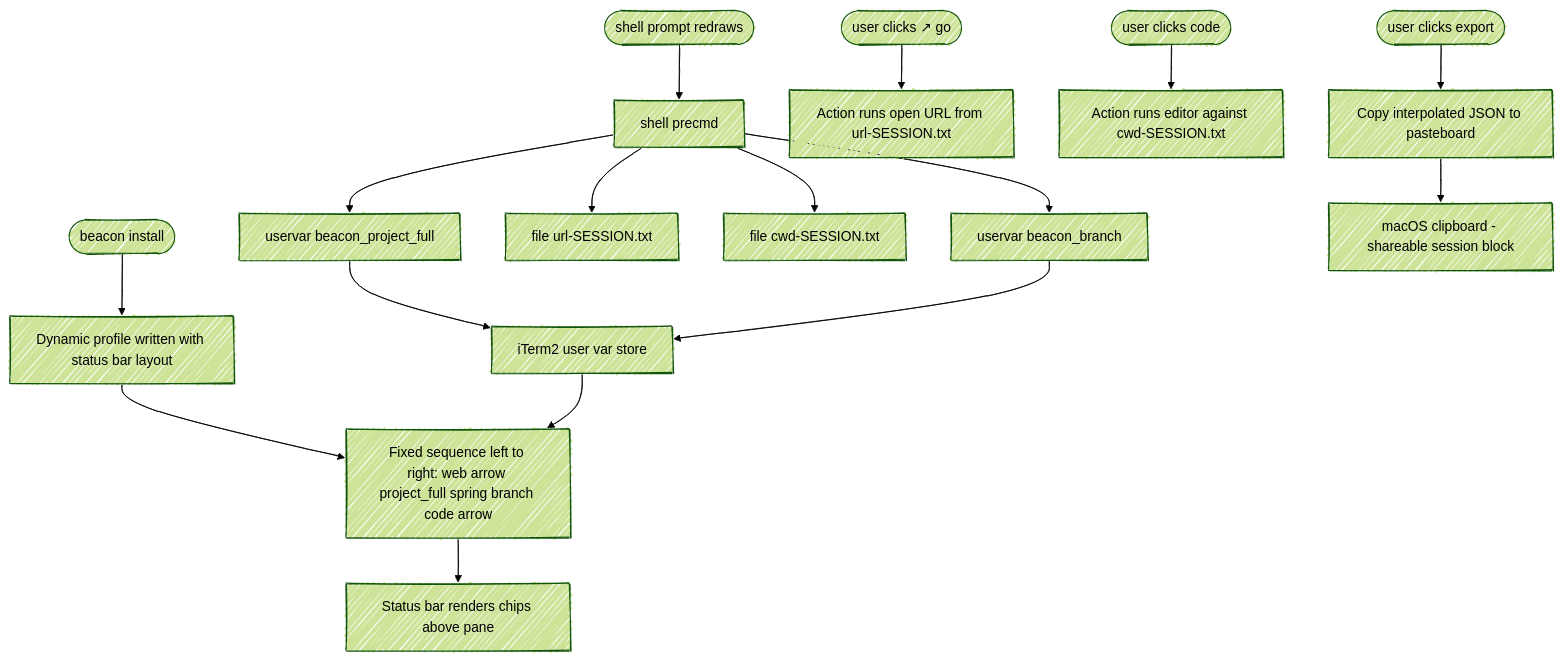
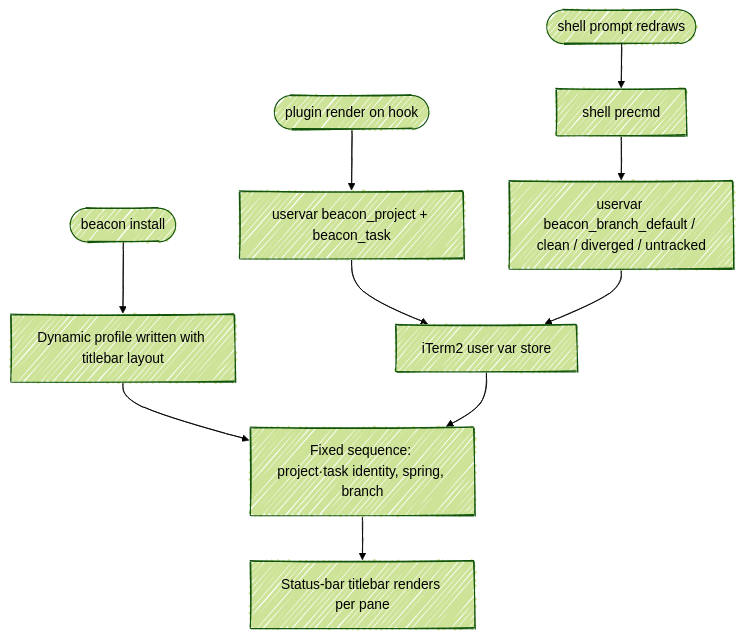
One commit to chris-peterson/beacon changed the second of 2 diagrams in SPEC.md. Above: the diagram before and after it, drawn with Mermaid (forest theme). The commit also changed other lines of this file and 8 other files, not shown here.

````diff
--- a/SPEC.md
+++ b/SPEC.md
@@ -515,24 +515,16 @@
 ```mermaid
 %%{ init: { 'look': 'handDrawn' } }%%
 flowchart TB
     PROMPT([shell prompt redraws])
     PROMPT --> PRECMD[shell precmd]
-    PRECMD --> S1[uservar beacon_project_full]
-    PRECMD --> S2[uservar beacon_branch]
-    PRECMD --> SF1[file url-SESSION.txt]
-    PRECMD --> SF2[file cwd-SESSION.txt]
+    PRECMD --> S2[uservar beacon_branch_default / clean / diverged / untracked]
+    PLUGIN([plugin render on hook])
+    PLUGIN --> S1[uservar beacon_project + beacon_task]
     INSTALL([beacon install])
-    INSTALL --> PROFILE[Dynamic profile written with status bar layout]
-    PROFILE --> CHIPS[Fixed sequence left to right: web arrow project_full spring branch code arrow]
+    INSTALL --> PROFILE[Dynamic profile written with titlebar layout]
+    PROFILE --> CHIPS[Fixed sequence: project·task identity, spring, branch]
     S1 --> STORE[iTerm2 user var store]
     S2 --> STORE
     STORE --> CHIPS
-    CHIPS --> RENDER2[Status bar renders chips above pane]
-    CLICK_GO([user clicks ↗ go])
-    CLICK_GO --> A_GO[Action runs open URL from url-SESSION.txt]
-    CLICK_CODE([user clicks code])
-    CLICK_CODE --> A_CODE[Action runs editor against cwd-SESSION.txt]
-    CLICK_EXPORT([user clicks export])
-    CLICK_EXPORT --> A_EXPORT[Copy interpolated JSON to pasteboard]
-    A_EXPORT --> CLIP[macOS clipboard - shareable session block]
+    CHIPS --> RENDER2[Status-bar titlebar renders per pane]
 ```
````
